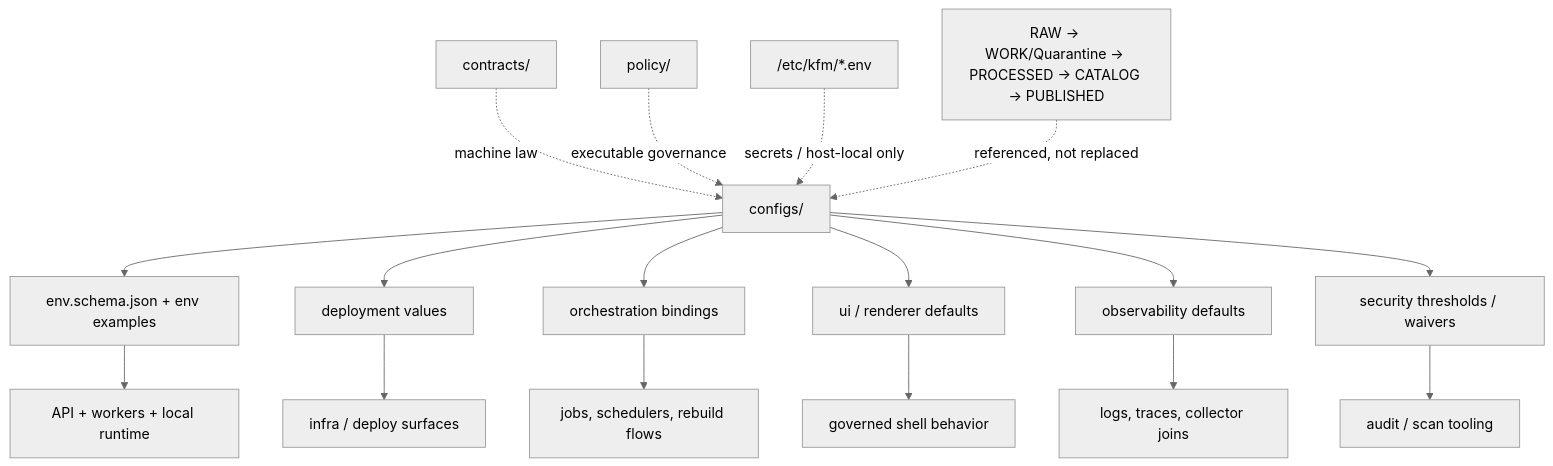
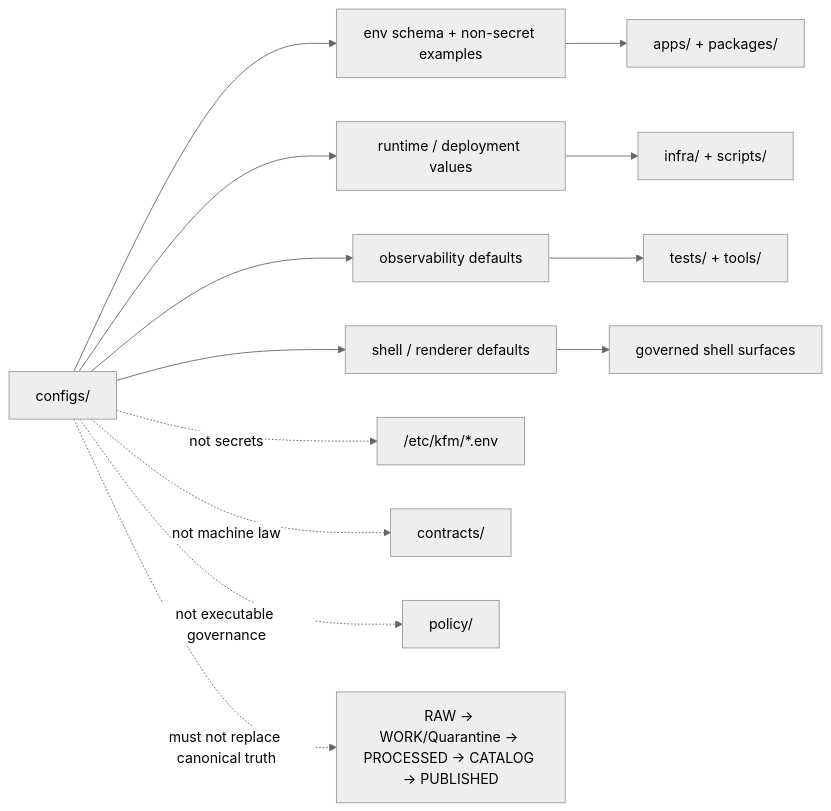
One commit to bartytime4life/Kansas-Frontier-Matrix changed the diagram in configs/README.md. Above: the diagram before and after it, drawn with Mermaid (neutral theme). The commit also changed other lines of this file, not shown here.

First line of the commit message:
Revise README for clarity on configs and ownership

````diff
--- a/configs/README.md
+++ b/configs/README.md
@@ -199,21 +204,17 @@
 ```mermaid
-flowchart TD
-    A["configs/"] --> B["env.schema.json + env examples"]
-    A --> C["deployment values"]
-    A --> D["orchestration bindings"]
-    A --> E["ui / renderer defaults"]
-    A --> F["observability defaults"]
-    A --> G["security thresholds / waivers"]
+flowchart LR
+    C["configs/"] --> E["env schema + non-secret examples"]
+    C --> R["runtime / deployment values"]
+    C --> O["observability defaults"]
+    C --> U["shell / renderer defaults"]
 
-    B --> H["API + workers + local runtime"]
-    C --> I["infra / deploy surfaces"]
-    D --> J["jobs, schedulers, rebuild flows"]
-    E --> K["governed shell behavior"]
-    F --> L["logs, traces, collector joins"]
-    G --> M["audit / scan tooling"]
+    E --> A["apps/ + packages/"]
+    R --> I["infra/ + scripts/"]
+    O --> T["tests/ + tools/"]
+    U --> S["governed shell surfaces"]
 
-    N["contracts/"] -. "machine law" .-> A
-    O["policy/"] -. "executable governance" .-> A
-    P["/etc/kfm/*.env"] -. "secrets / host-local only" .-> A
-    Q["RAW → WORK/Quarantine → PROCESSED → CATALOG → PUBLISHED"] -. "referenced, not replaced" .-> A
+    C -. "not secrets" .-> H["/etc/kfm/*.env"]
+    C -. "not machine law" .-> K["contracts/"]
+    C -. "not executable governance" .-> P["policy/"]
+    C -. "must not replace canonical truth" .-> D["RAW → WORK/Quarantine → PROCESSED → CATALOG → PUBLISHED"]
 ```
````
